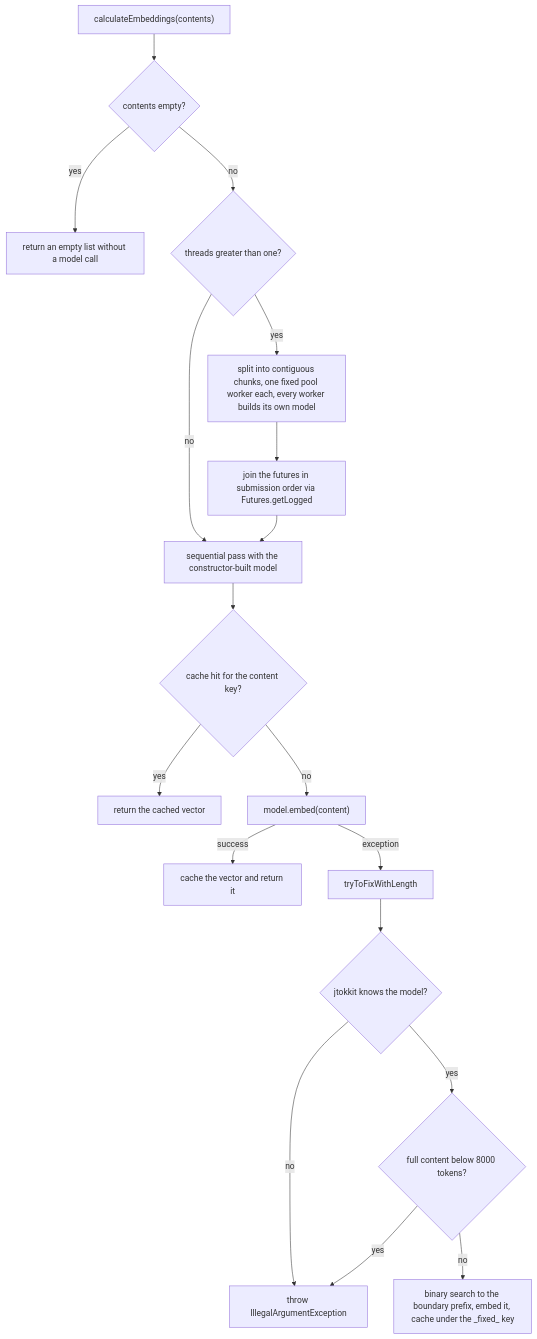
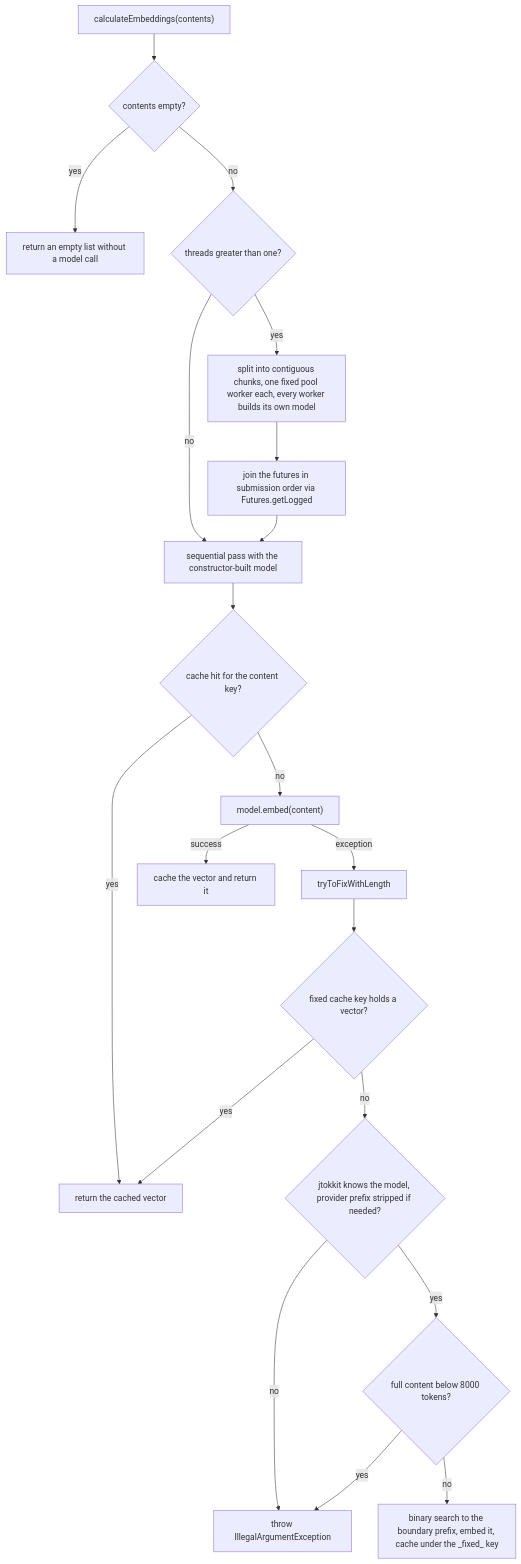
The diagram in openwiki/embeddings/embeddings.md (ardoco/llm-access), drawn with Mermaid before and after one commit. The commit also changed other lines of this file and 31 other files, not shown here.

````diff
--- a/openwiki/embeddings/embeddings.md
+++ b/openwiki/embeddings/embeddings.md
@@ -189,20 +203,22 @@
 ```mermaid
 flowchart TD
     START["calculateEmbeddings(contents)"] --> EMPTY{"contents empty?"}
     EMPTY -- "yes" --> EMPTYOUT["return an empty list without a model call"]
     EMPTY -- "no" --> PAR{"threads greater than one?"}
     PAR -- "no" --> SEQ["sequential pass with the constructor-built model"]
     PAR -- "yes" --> SPLIT["split into contiguous chunks, one fixed pool worker each, every worker builds its own model"]
     SPLIT --> JOIN["join the futures in submission order via Futures.getLogged"]
     JOIN --> SEQ
     SEQ --> HIT{"cache hit for the content key?"}
     HIT -- "yes" --> CACHED["return the cached vector"]
     HIT -- "no" --> EMBED["model.embed(content)"]
     EMBED -- "success" --> PUT["cache the vector and return it"]
     EMBED -- "exception" --> FIX["tryToFixWithLength"]
-    FIX --> KNOWN{"jtokkit knows the model?"}
+    FIX --> FIXEDHIT{"fixed cache key holds a vector?"}
+    FIXEDHIT -- "yes" --> CACHED
+    FIXEDHIT -- "no" --> KNOWN{"jtokkit knows the model, provider prefix stripped if needed?"}
     KNOWN -- "no" --> THROW["throw IllegalArgumentException"]
     KNOWN -- "yes" --> TOK{"full content below 8000 tokens?"}
     TOK -- "yes" --> THROW
     TOK -- "no" --> BIN["binary search to the boundary prefix, embed it, cache under the _fixed_ key"]
 ```
````
